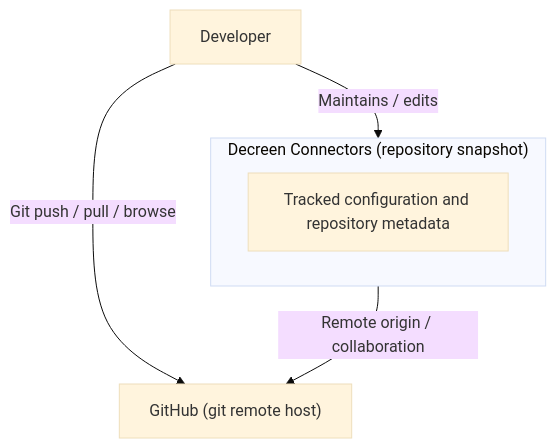
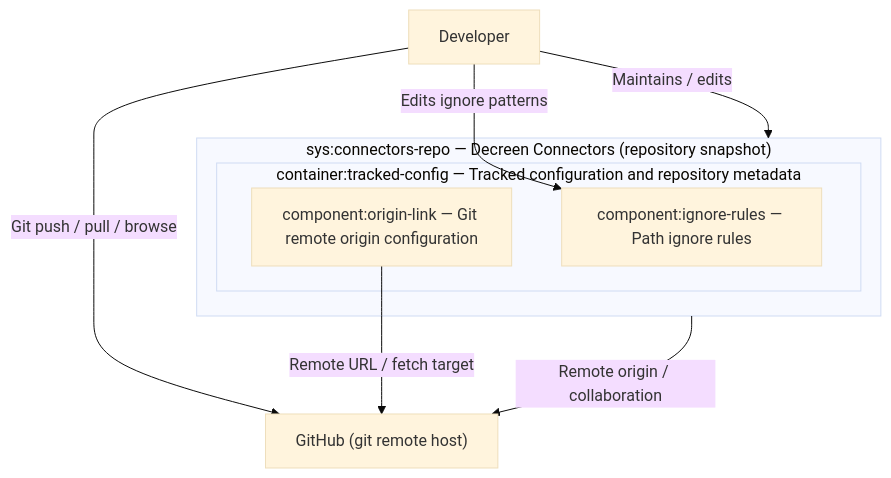
One commit to Decreen/decreen-connectors changed the diagram in docs/c4-live.mermaid.md. Above: the diagram before and after it, drawn with Mermaid (base theme). The commit also changed 3 other files, not shown here.

Commit message:
feat(c4): Pass 3 L3 components for tracked-config container

````diff
--- a/docs/c4-live.mermaid.md
+++ b/docs/c4-live.mermaid.md
@@ -3,11 +3,16 @@
 ```mermaid
 flowchart TB
   actor_dev["Developer"]
   ext_github["GitHub (git remote host)"]
-  subgraph sys_connectors["Decreen Connectors (repository snapshot)"]
-    container_tracked["Tracked configuration and repository metadata"]
+  subgraph sys_connectors["sys:connectors-repo — Decreen Connectors (repository snapshot)"]
+    subgraph container_tracked["container:tracked-config — Tracked configuration and repository metadata"]
+      component_ignore["component:ignore-rules — Path ignore rules"]
+      component_origin["component:origin-link — Git remote origin configuration"]
+    end
   end
   actor_dev -->|"Maintains / edits"| sys_connectors
   sys_connectors -->|"Remote origin / collaboration"| ext_github
   actor_dev -->|"Git push / pull / browse"| ext_github
+  actor_dev -->|"Edits ignore patterns"| component_ignore
+  component_origin -->|"Remote URL / fetch target"| ext_github
 ```
````
